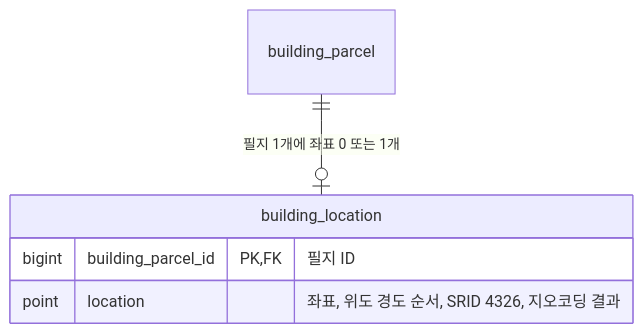
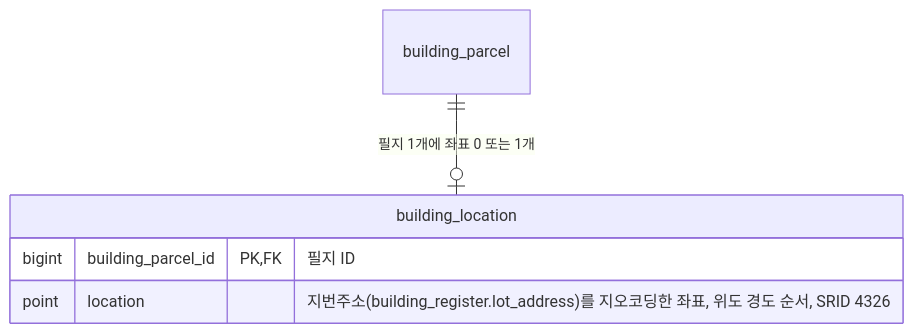
One commit to f-lab-edu/jipsee changed the fifth of 8 diagrams in docs/erd.md. Above: the diagram before and after it, drawn with Mermaid. The commit also changed other lines of this file and 5 other files, not shown here.

````diff
--- a/docs/erd.md
+++ b/docs/erd.md
@@ -115,8 +117,8 @@
 ```mermaid
 erDiagram
     building_parcel ||--o| building_location : "필지 1개에 좌표 0 또는 1개"
     building_location {
         bigint building_parcel_id PK, FK "필지 ID"
-        point location "좌표, 위도 경도 순서, SRID 4326, 지오코딩 결과"
+        point location "지번주소(building_register.lot_address)를 지오코딩한 좌표, 위도 경도 순서, SRID 4326"
     }
 ```
````
